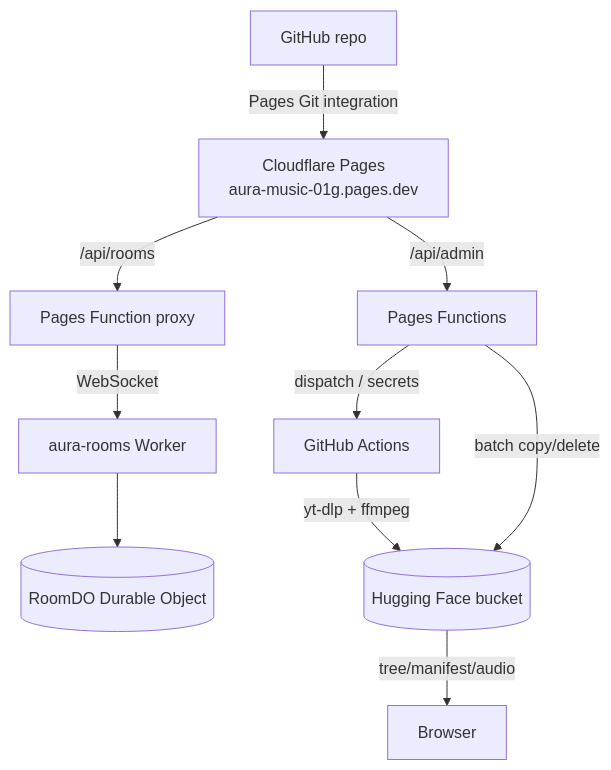
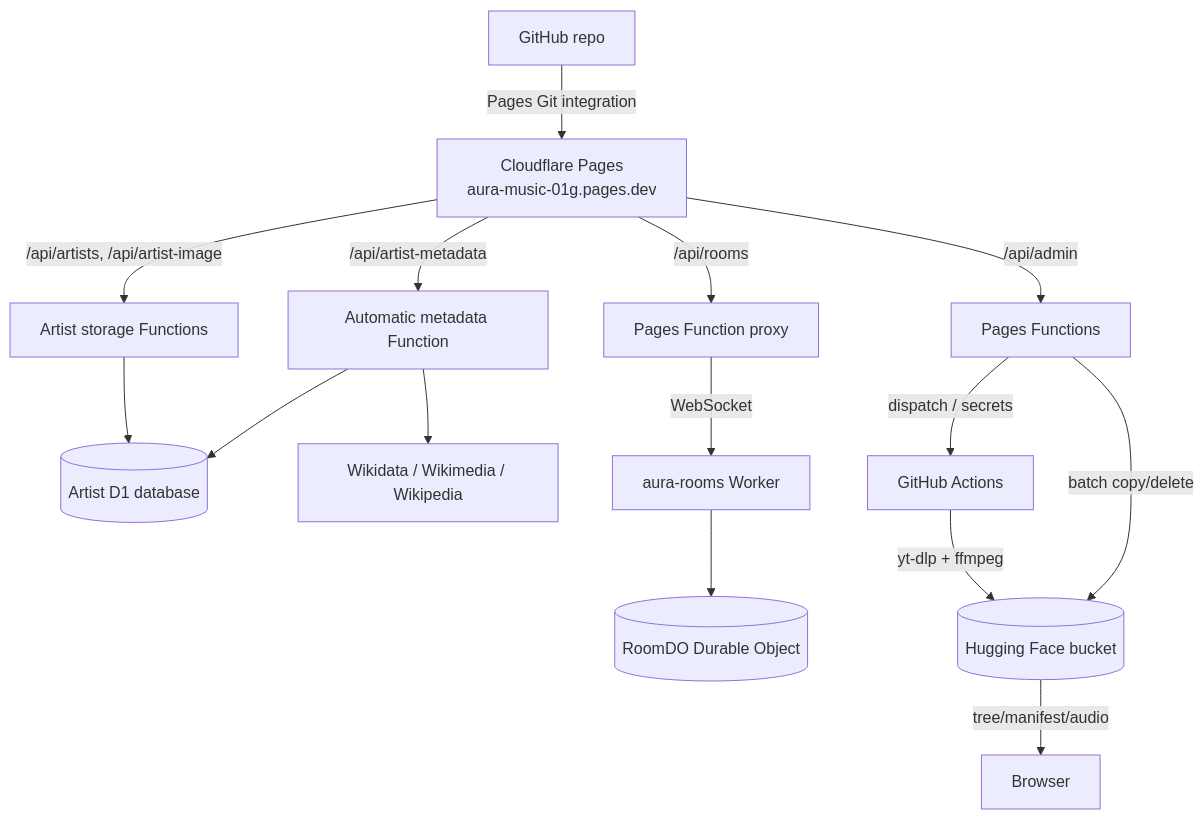
One commit to abhinavthewc-quick/aura-music changed the diagram in docs/deployment.md. Above: the diagram before and after it, drawn with Mermaid. The commit also changed other lines of this file and 40 other files, not shown here.

Commit message:
feat: enrich artist profiles with verified Wikimedia metadata

````diff
--- a/docs/deployment.md
+++ b/docs/deployment.md
@@ -10,12 +10,17 @@
 ```mermaid
 flowchart TD
   GH[GitHub repo] -->|Pages Git integration| PAGES[Cloudflare Pages\naura-music-01g.pages.dev]
   PAGES -->|/api/admin| FUNC[Pages Functions]
   PAGES -->|/api/rooms| FUNC2[Pages Function proxy]
+  PAGES -->|/api/artists, /api/artist-image| ARTISTS[Artist storage Functions]
+  PAGES -->|/api/artist-metadata| METADATA[Automatic metadata Function]
+  ARTISTS --> ARTISTDB[(Artist D1 database)]
+  METADATA --> ARTISTDB
+  METADATA --> WIKI[Wikidata / Wikimedia / Wikipedia]
   FUNC2 -->|WebSocket| WORKER[aura-rooms Worker]
   WORKER --> DO[(RoomDO Durable Object)]
   FUNC -->|dispatch / secrets| GITHUB[GitHub Actions]
   GITHUB -->|yt-dlp + ffmpeg| HF[(Hugging Face bucket)]
   FUNC -->|batch copy/delete| HF
   HF -->|tree/manifest/audio| BROWSER[Browser]
 ```
````
